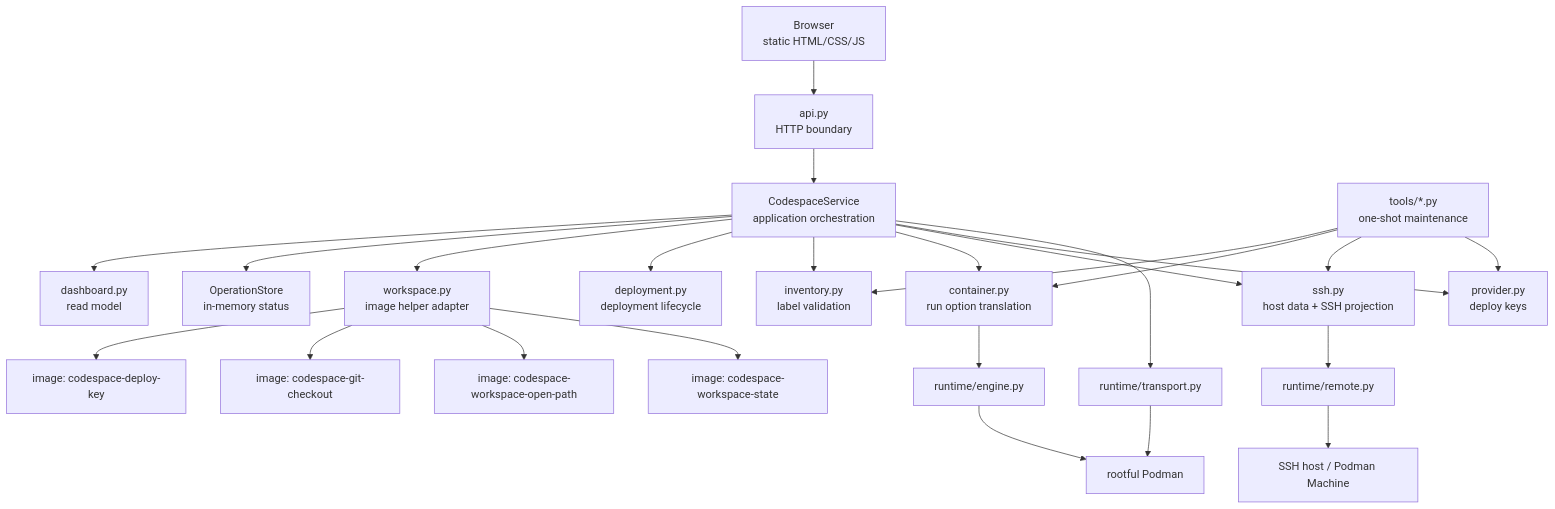
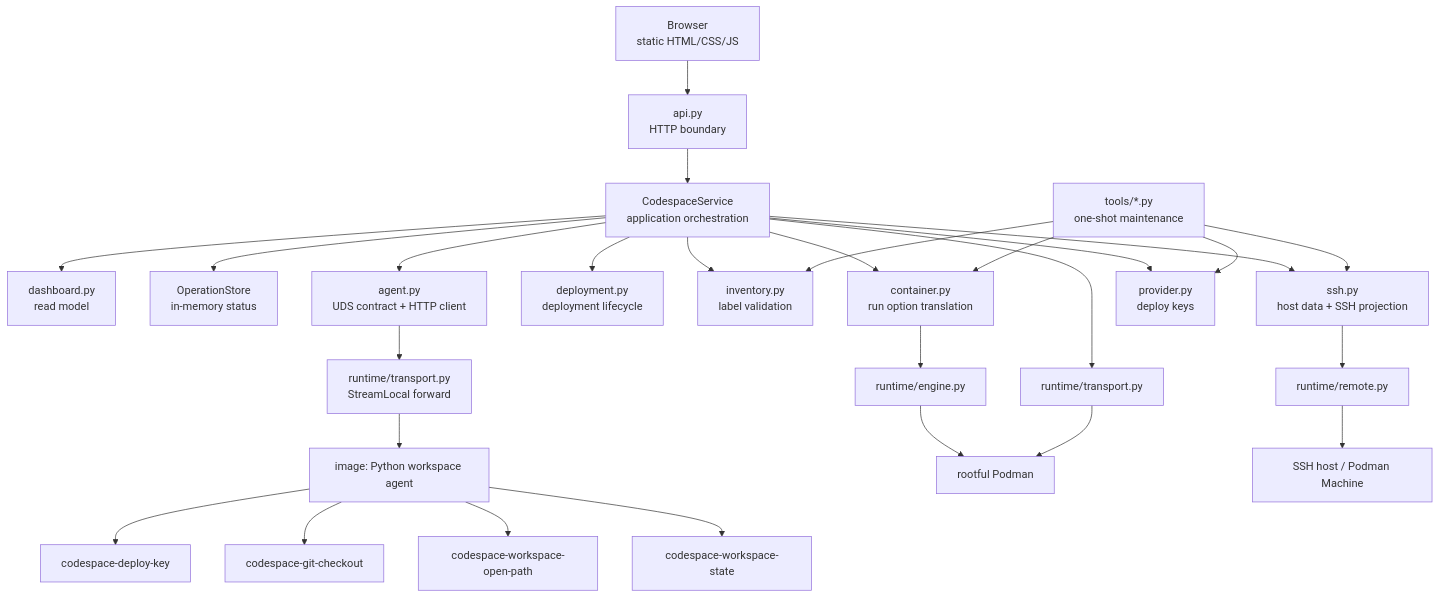
One commit to curoky/codespace changed the second of 9 diagrams in controller/DESIGN.md. Above: the diagram before and after it, drawn with Mermaid. The commit also changed other lines of this file and 42 other files, not shown here.

First line of the commit message:
feat: add container-side workspace agent and integrate with control plane

````diff
--- a/controller/DESIGN.md
+++ b/controller/DESIGN.md
@@ -52,29 +54,31 @@
 ```mermaid
 flowchart TB
     Browser["Browser<br/>static HTML/CSS/JS"] --> API["api.py<br/>HTTP boundary"]
     API --> Service["CodespaceService<br/>application orchestration"]
     Service --> Dashboard["dashboard.py<br/>read model"]
     Service --> Operations["OperationStore<br/>in-memory status"]
-    Service --> Workspace["workspace.py<br/>image helper adapter"]
+    Service --> Agent["agent.py<br/>UDS contract + HTTP client"]
     Service --> Deployment["deployment.py<br/>deployment lifecycle"]
     Service --> Inventory["inventory.py<br/>label validation"]
     Service --> Container["container.py<br/>run option translation"]
     Service --> SSH["ssh.py<br/>host data + SSH projection"]
     Service --> Provider["provider.py<br/>deploy keys"]
 
     CLI["tools/*.py<br/>one-shot maintenance"] --> Inventory
     CLI --> Container
     CLI --> SSH
     CLI --> Provider
 
     Container --> Engine["runtime/engine.py"]
-    Workspace --> DeployKeyHelper["image: codespace-deploy-key"]
-    Workspace --> CheckoutHelper["image: codespace-git-checkout"]
-    Workspace --> OpenPathHelper["image: codespace-workspace-open-path"]
-    Workspace --> StateHelper["image: codespace-workspace-state"]
+    Agent --> Tunnel["runtime/transport.py<br/>StreamLocal forward"]
+    Tunnel --> ImageAgent["image: Python workspace agent"]
+    ImageAgent --> DeployKeyHelper["codespace-deploy-key"]
+    ImageAgent --> CheckoutHelper["codespace-git-checkout"]
+    ImageAgent --> OpenPathHelper["codespace-workspace-open-path"]
+    ImageAgent --> StateHelper["codespace-workspace-state"]
     SSH --> Remote["runtime/remote.py"]
     Service --> Transport["runtime/transport.py"]
     Engine --> Podman["rootful Podman"]
     Transport --> Podman
     Remote --> Host["SSH host / Podman Machine"]
 ```
````
